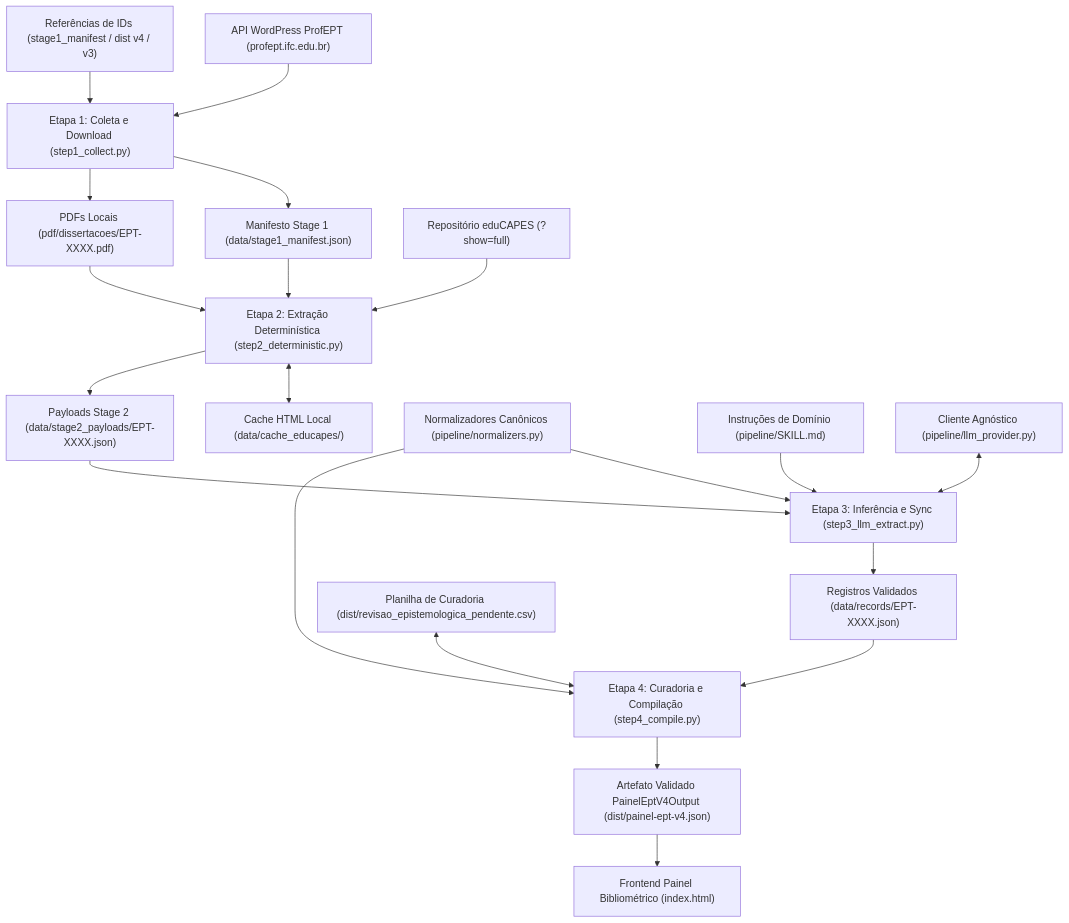
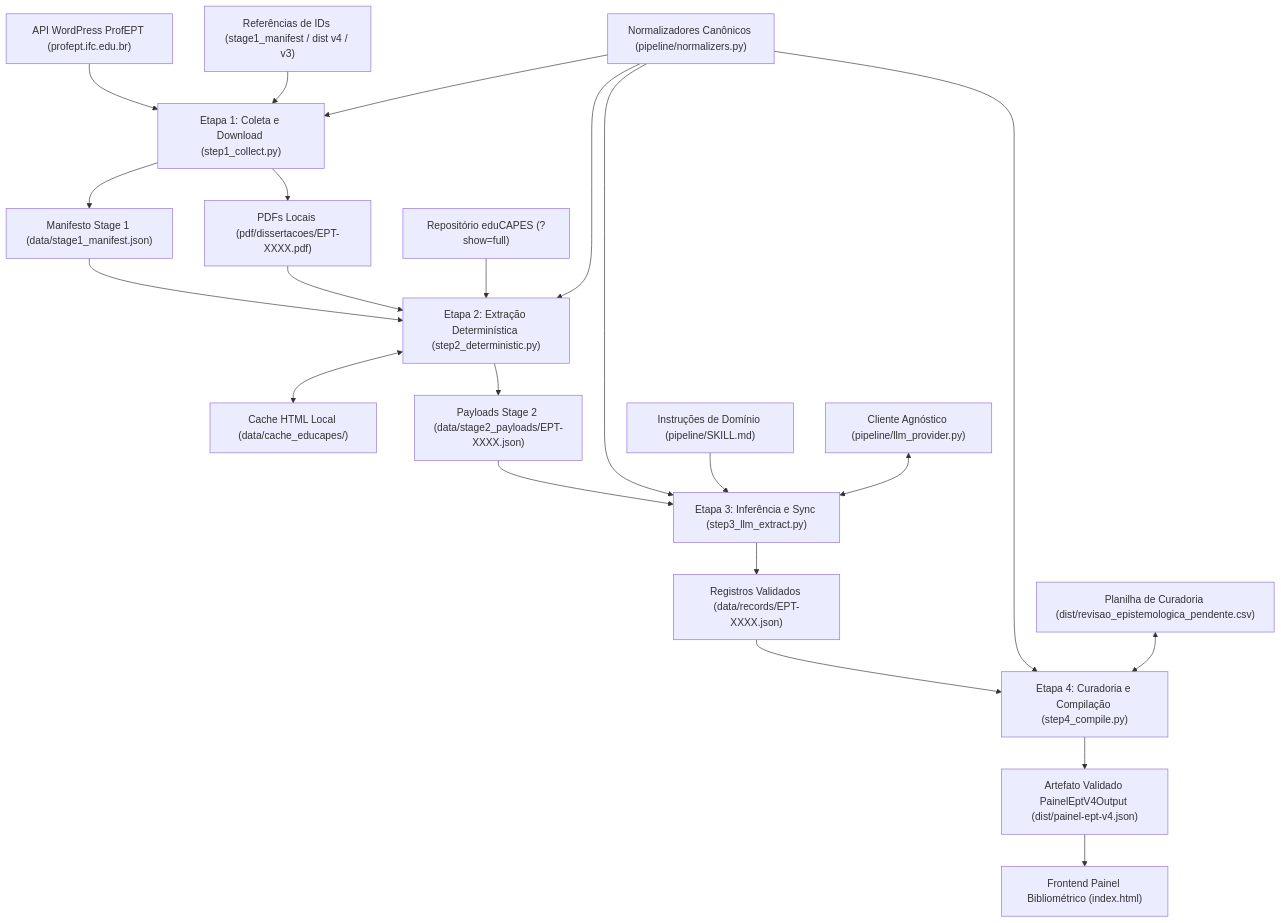
The diagram in DOCUMENTACAO_TECNICA.md (regi-lpf/lemeept), drawn with Mermaid before and after one commit. The commit also changed other lines of this file and 13 other files, not shown here.

````diff
--- a/DOCUMENTACAO_TECNICA.md
+++ b/DOCUMENTACAO_TECNICA.md
@@ -40,25 +40,27 @@
 ```mermaid
 flowchart TD
     WP["API WordPress ProfEPT (profept.ifc.edu.br)"] --> S1["Etapa 1: Coleta e Download (step1_collect.py)"]
     REFS["Referências de IDs (stage1_manifest / dist v4 / v3)"] --> S1
     S1 --> MAN["Manifesto Stage 1 (data/stage1_manifest.json)"]
     S1 --> PDF["PDFs Locais (pdf/dissertacoes/EPT-XXXX.pdf)"]
 
     MAN --> S2["Etapa 2: Extração Determinística (step2_deterministic.py)"]
     PDF --> S2
     CAPES["Repositório eduCAPES (?show=full)"] --> S2
     S2 <--> CACHE["Cache HTML Local (data/cache_educapes/)"]
     S2 --> PAYLOAD["Payloads Stage 2 (data/stage2_payloads/EPT-XXXX.json)"]
 
+    NORM["Normalizadores Canônicos (pipeline/normalizers.py)"] --> S1
+    NORM --> S2
     PAYLOAD --> S3["Etapa 3: Inferência e Sync (step3_llm_extract.py)"]
-    NORM["Normalizadores Canônicos (pipeline/normalizers.py)"] --> S3
+    NORM --> S3
     SKILL["Instruções de Domínio (pipeline/SKILL.md)"] --> S3
     PROV["Cliente Agnóstico (pipeline/llm_provider.py)"] <--> S3
     S3 --> REC["Registros Validados (data/records/EPT-XXXX.json)"]
 
     REC --> S4["Etapa 4: Curadoria e Compilação (step4_compile.py)"]
     NORM --> S4
     CSV["Planilha de Curadoria (dist/revisao_epistemologica_pendente.csv)"] <--> S4
     S4 --> DIST["Artefato Validado PainelEptV4Output (dist/painel-ept-v4.json)"]
     DIST --> FE["Frontend Painel Bibliométrico (index.html)"]
 ```
````
